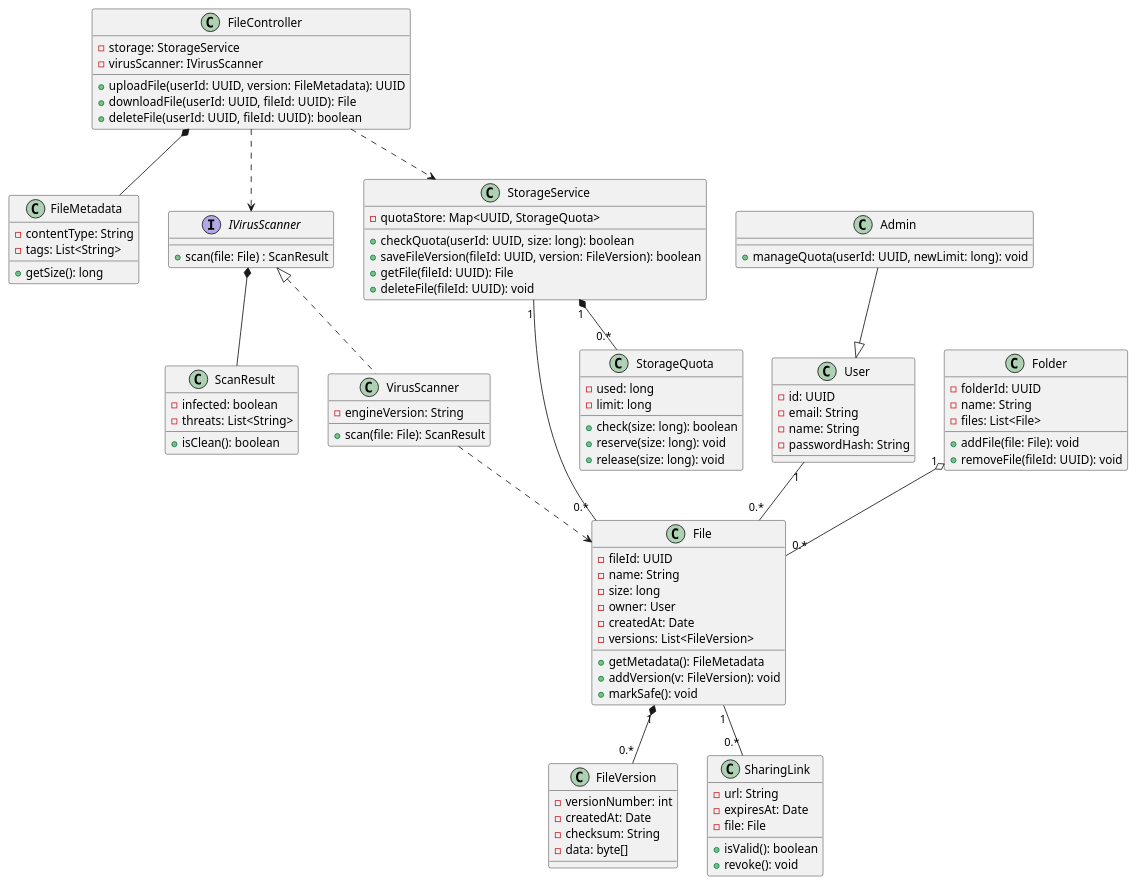
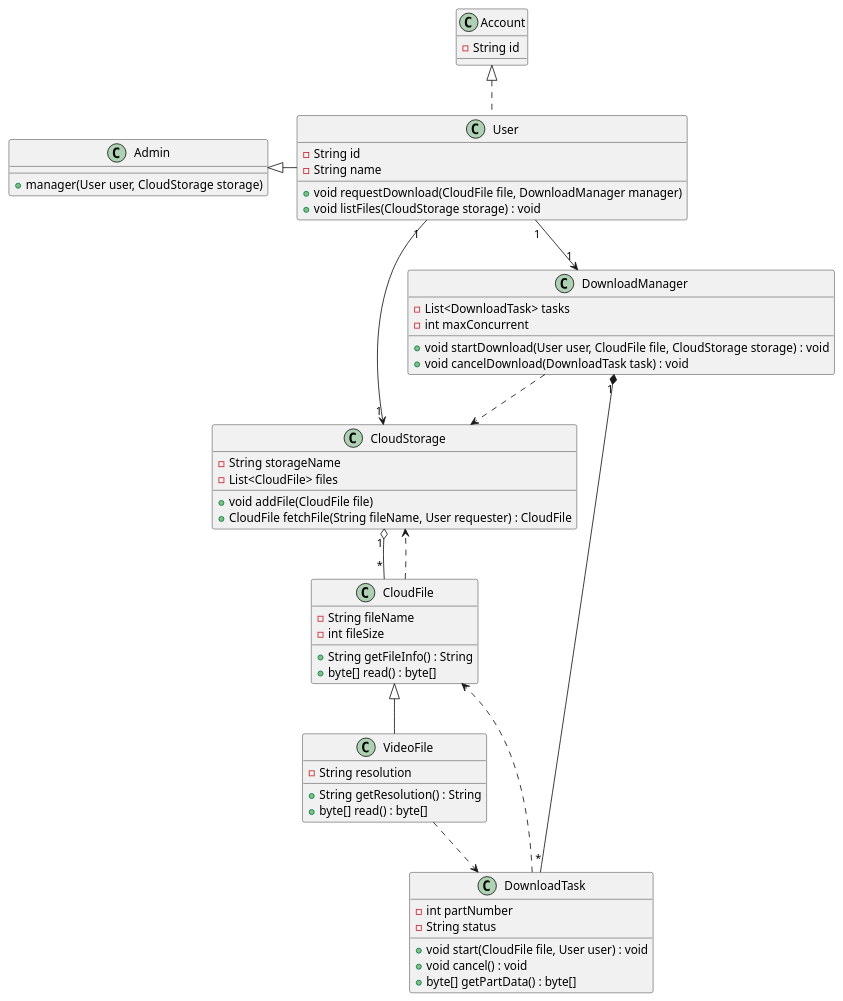
The diagram in 4/tp/lab3/lab.puml (qwonix/guap), drawn with PlantUML before and after one commit.

```diff
--- a/4/tp/lab3/lab.puml
+++ b/4/tp/lab3/lab.puml
@@ -1,127 +1,81 @@
 @startuml
-' Диаграмма классов: Облачное хранилище (FileChunk удалён)
+' Диаграмма классов — процесс скачивания файла из облачного хранилища
 
-' ---------- Вспомогательные типы ----------
-class FileMetadata {
-  - contentType: String
-  - tags: List<String>
-  + getSize(): long
+' --- Классы и интерфейс ---
+class Account {
+  - String id
 }
 
-class ScanResult {
-  - infected: boolean
-  - threats: List<String>
-  + isClean(): boolean
-}
-
-' ---------- Интерфейсы и основные классы ----------
-interface IVirusScanner {
-  + scan(file: File) : ScanResult
+class Admin {
+  + manager(User user, CloudStorage storage)
 }
 
 class User {
-  - id: UUID
-  - email: String
-  - name: String
-  - passwordHash: String
+  - String id
+  - String name
+  + void requestDownload(CloudFile file, DownloadManager manager)
+  + void listFiles(CloudStorage storage) : void
 }
 
-class Admin {
-  + manageQuota(userId: UUID, newLimit: long): void
-}
-Admin --|> User
-
-class File {
-  - fileId: UUID
-  - name: String
-  - size: long
-  - owner: User
-  - createdAt: Date
-  - versions: List<FileVersion>
-  + getMetadata(): FileMetadata
-  + addVersion(v: FileVersion): void
-  + markSafe(): void
+class CloudFile {
+  - String fileName
+  - int fileSize
+  + String getFileInfo() : String
+  + byte[] read() : byte[]
 }
 
-class FileVersion {
-  - versionNumber: int
-  - createdAt: Date
-  - checksum: String
-  - data: byte[]
+class VideoFile {
+  - String resolution
+  + String getResolution() : String
+  + byte[] read() : byte[]
 }
 
-class Folder {
-  - folderId: UUID
-  - name: String
-  - files: List<File>
-  + addFile(file: File): void
-  + removeFile(fileId: UUID): void
+class CloudStorage {
+  - String storageName
+  - List<CloudFile> files
+  + void addFile(CloudFile file)
+  + CloudFile fetchFile(String fileName, User requester) : CloudFile
 }
 
-class StorageQuota {
-  - used: long
-  - limit: long
-  + check(size: long): boolean
-  + reserve(size: long): void
-  + release(size: long): void
+class DownloadManager {
+  - List<DownloadTask> tasks
+  - int maxConcurrent
+  + void startDownload(User user, CloudFile file, CloudStorage storage) : void
+  + void cancelDownload(DownloadTask task) : void
 }
 
-class SharingLink {
-  - url: String
-  - expiresAt: Date
-  - file: File
-  + isValid(): boolean
-  + revoke(): void
+class DownloadTask {
+  - int partNumber
+  - String status
+  + void start(CloudFile file, User user) : void
+  + void cancel() : void
+  + byte[] getPartData() : byte[]
 }
 
-class FileController {
-  - storage: StorageService
-  - virusScanner: IVirusScanner
-  + uploadFile(userId: UUID, version: FileMetadata): UUID
-  + downloadFile(userId: UUID, fileId: UUID): File
-  + deleteFile(userId: UUID, fileId: UUID): boolean
-}
+' --- Отношения ---
+' Обобщение (наследование)
+Admin <|- User
+CloudFile <|-- VideoFile
 
-class StorageService {
-  - quotaStore: Map<UUID, StorageQuota>
-  + checkQuota(userId: UUID, size: long): boolean
-  + saveFileVersion(fileId: UUID, version: FileVersion): boolean
-  + getFile(fileId: UUID): File
-  + deleteFile(fileId: UUID): void
-}
+' Ассоциация: User использует DownloadManager (метод requestDownload)
+User "1" --> "1" DownloadManager
+User "1" --> "1" CloudStorage
 
-class VirusScanner {
-  - engineVersion: String
-  + scan(file: File): ScanResult
-}
+' Агрегация: CloudStorage агрегирует CloudFile (файлы существуют независимо)
+CloudStorage "1" o-- "*" CloudFile
 
-' ---------- Отношения ----------
-IVirusScanner <|.. VirusScanner
-IVirusScanner *-- ScanResult
+' Композиция: DownloadManager композитно содержит DownloadTask (жизненный цикл задач внутри менеджера)
+DownloadManager "1" *-- "*" DownloadTask
 
-' композиция: File содержит версии (version — часть File)
-StorageService "1" *-- "0.*" StorageQuota
+' Зависимости (пунктирные): методы используют другие классы в параметрах
+DownloadManager ..> CloudStorage
+DownloadTask ..> CloudFile
 
-' композиция: File содержит версии (version — часть File)
-File "1" *-- "0.*" FileVersion
+' Реализация
+Account <|.. User
 
-' агрегация: Folder агрегирует File
-Folder "1" o-- "0.*" File
-
-' ассоциация: User владеет File (поле owner в File)
-User "1" -- "0.*" File
-
-' ассоциация/зависимость/использование
-FileController ..> StorageService
-FileController ..> IVirusScanner
-FileController *-- FileMetadata
-
-
-' File и SharingLink
-File "1" -- "0.*" SharingLink
-
-' сервисы работают с File
-StorageService "1" -- "0.*" File
-VirusScanner ..> File
+' Дополнительные для наглядности связей (все классы связаны стрелками)
+CloudFile ..> CloudStorage
+VideoFile ..> DownloadTask
 
 @enduml
```
